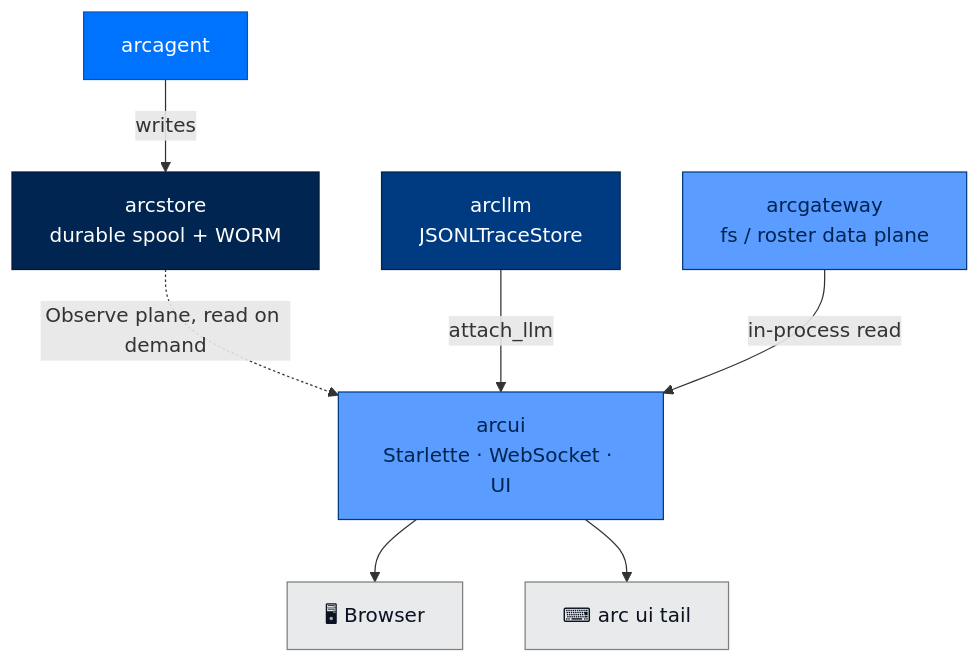
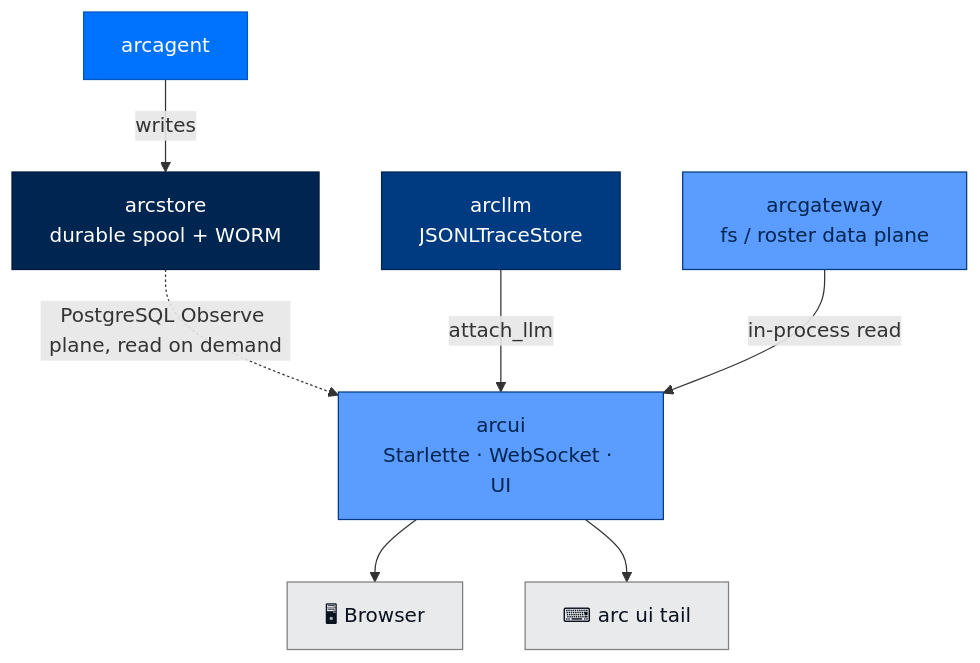
The diagram in packages/arcui/README.md (joshuamschultz/Arc), drawn with Mermaid before and after one commit. The commit also changed other lines of this file and 16 other files, not shown here.

First line of the commit message:
docs: align ArcStore references with PostgreSQL cutover

````diff
--- a/packages/arcui/README.md
+++ b/packages/arcui/README.md
@@ -69,15 +69,15 @@
 ```mermaid
 flowchart TB
     classDef surface fill:#5A9CFF,stroke:#003B82,color:#002550
     classDef agent fill:#0073FE,stroke:#0055BC,color:#FFFFFF
     classDef llm fill:#003B82,stroke:#002550,color:#FFFFFF
     classDef found fill:#002550,stroke:#001A38,color:#FFFFFF
     classDef other fill:#E9EAEB,stroke:#7F7F7F,color:#0B1220
 
     arcagent[arcagent]:::agent -->|writes| arcstore[arcstore<br/>durable spool + WORM]:::found
-    arcstore -.->|Observe plane, read on demand| arcui
+    arcstore -.->|PostgreSQL Observe plane, read on demand| arcui
     arcllm[arcllm<br/>JSONLTraceStore]:::llm -->|attach_llm| arcui
     arcgateway[arcgateway<br/>fs / roster data plane]:::surface -->|in-process read| arcui
     arcui[arcui<br/>Starlette · WebSocket · UI]:::surface --> Browser[🖥 Browser]:::other
     arcui --> Terminal[⌨ arc ui tail]:::other
 ```
````
